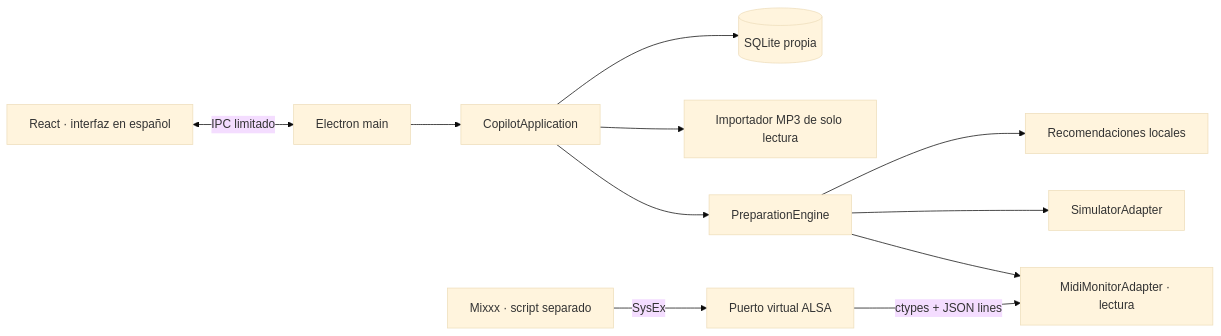
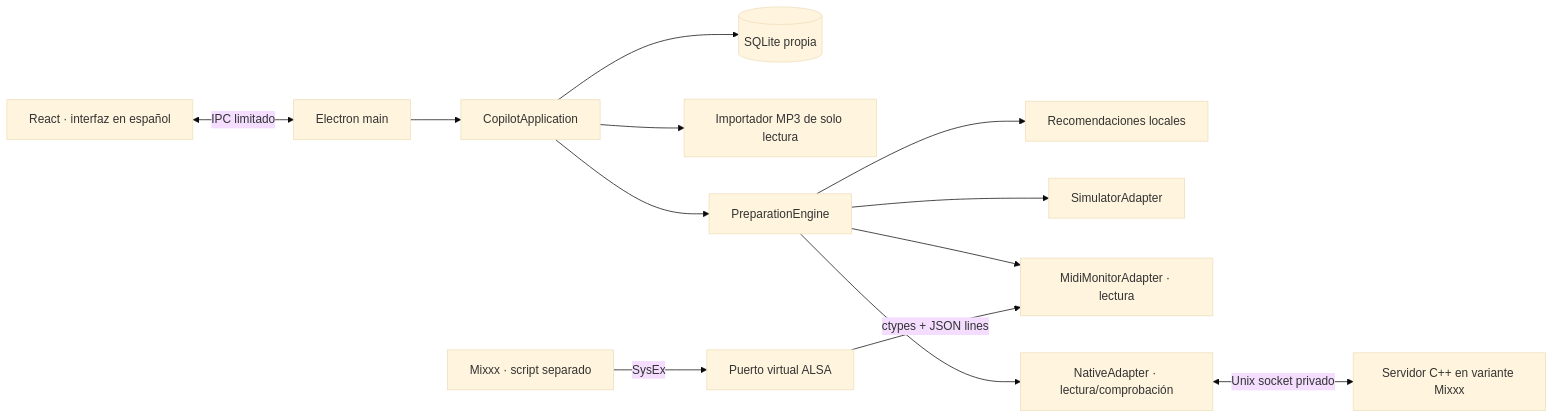
Before and after one commit to pellegrineschi/DJ-copilot-IA: the diagram in docs/ARQUITECTURA.md, drawn with Mermaid (base theme). The commit also changed other lines of this file and 26 other files, not shown here.

````diff
--- a/docs/ARQUITECTURA.md
+++ b/docs/ARQUITECTURA.md
@@ -5,13 +5,15 @@
 ```mermaid
 flowchart LR
   UI[React · interfaz en español] <-->|IPC limitado| Main[Electron main]
   Main --> App[CopilotApplication]
   App --> DB[(SQLite propia)]
   App --> Lib[Importador MP3 de solo lectura]
   App --> Engine[PreparationEngine]
   Engine --> Recs[Recomendaciones locales]
   Engine --> Sim[SimulatorAdapter]
   Engine --> Monitor[MidiMonitorAdapter · lectura]
+  Engine --> Native[NativeAdapter · lectura/comprobación]
+  Native <-->|Unix socket privado| Bridge[Servidor C++ en variante Mixxx]
   Mixxx[Mixxx · script separado] -->|SysEx| ALSA[Puerto virtual ALSA]
   ALSA -->|ctypes + JSON lines| Monitor
 ```
````
